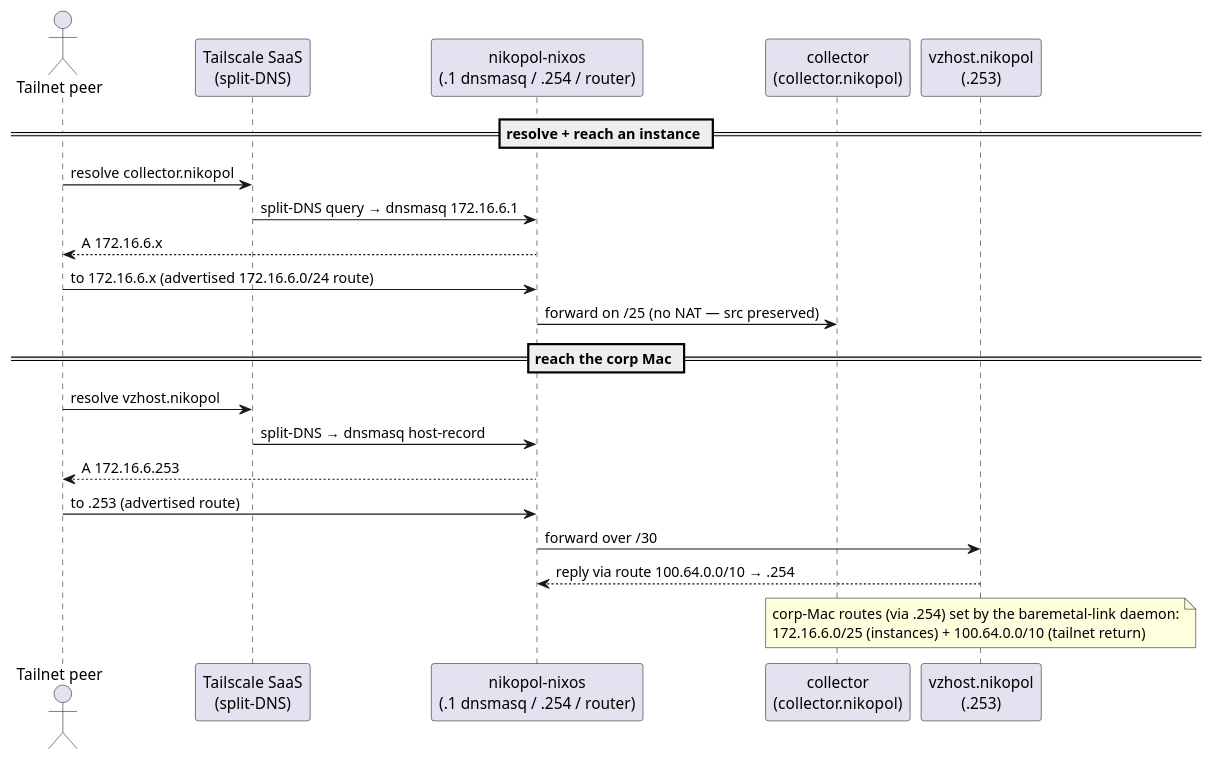
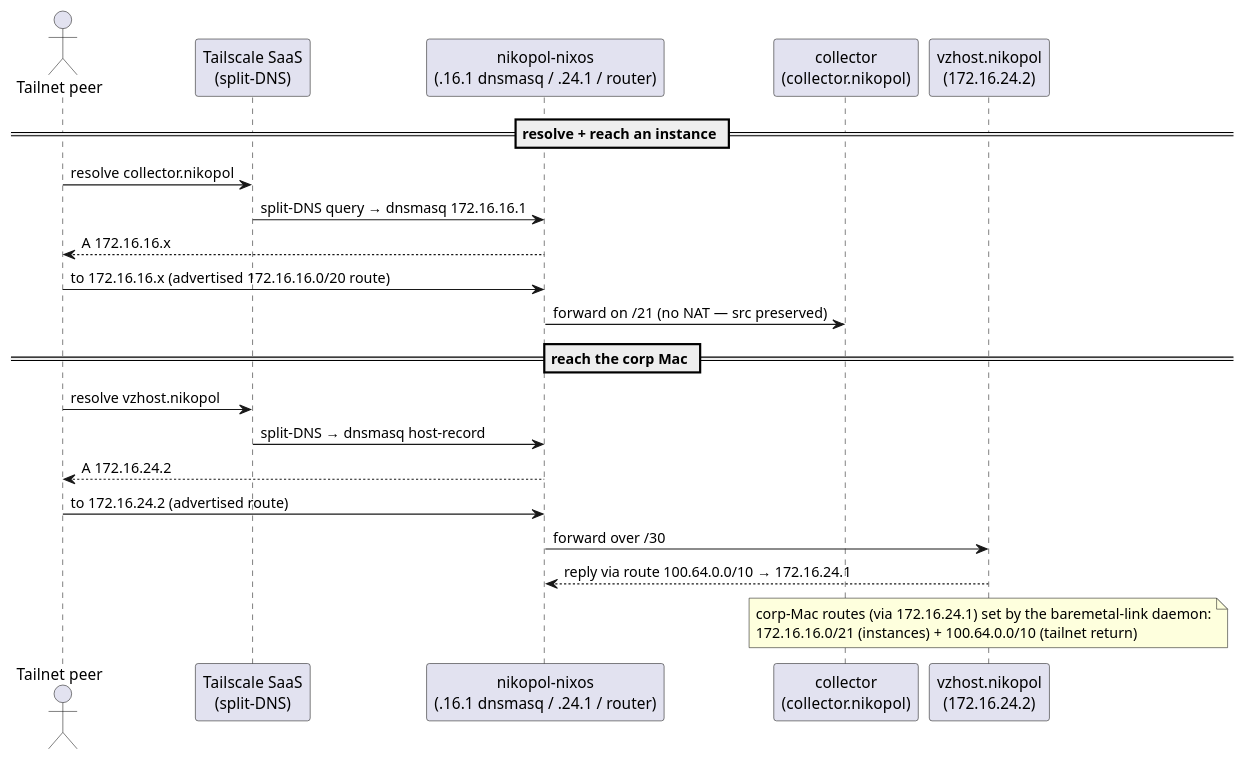
The third of 3 diagrams in docs/network-topology-c4.adoc (seedmatic/ndh), drawn with PlantUML before and after one commit. The commit also changed other lines of this file and 11 other files, not shown here.

```diff
--- a/docs/network-topology-c4.adoc
+++ b/docs/network-topology-c4.adoc
@@ -147,26 +147,26 @@
 [plantuml,vz-host-sequence,svg]
 ----
 @startuml
 actor "Tailnet peer" as OP
 participant "Tailscale SaaS\n(split-DNS)" as TS
-participant "nikopol-nixos\n(.1 dnsmasq / .254 / router)" as NIXOS
+participant "nikopol-nixos\n(.16.1 dnsmasq / .24.1 / router)" as NIXOS
 participant "collector\n(collector.nikopol)" as COLL
-participant "vzhost.nikopol\n(.253)" as VZ
+participant "vzhost.nikopol\n(172.16.24.2)" as VZ
 
 == resolve + reach an instance ==
 OP -> TS : resolve collector.nikopol
-TS -> NIXOS : split-DNS query → dnsmasq 172.16.6.1
-NIXOS --> OP : A 172.16.6.x
-OP -> NIXOS : to 172.16.6.x (advertised 172.16.6.0/24 route)
-NIXOS -> COLL : forward on /25 (no NAT — src preserved)
+TS -> NIXOS : split-DNS query → dnsmasq 172.16.16.1
+NIXOS --> OP : A 172.16.16.x
+OP -> NIXOS : to 172.16.16.x (advertised 172.16.16.0/20 route)
+NIXOS -> COLL : forward on /21 (no NAT — src preserved)
 
 == reach the corp Mac ==
 OP -> TS : resolve vzhost.nikopol
 TS -> NIXOS : split-DNS → dnsmasq host-record
-NIXOS --> OP : A 172.16.6.253
-OP -> NIXOS : to .253 (advertised route)
+NIXOS --> OP : A 172.16.24.2
+OP -> NIXOS : to 172.16.24.2 (advertised route)
 NIXOS -> VZ : forward over /30
-VZ --> NIXOS : reply via route 100.64.0.0/10 → .254
-note over VZ: corp-Mac routes (via .254) set by the baremetal-link daemon:\n172.16.6.0/25 (instances) + 100.64.0.0/10 (tailnet return)
+VZ --> NIXOS : reply via route 100.64.0.0/10 → 172.16.24.1
+note over VZ: corp-Mac routes (via 172.16.24.1) set by the baremetal-link daemon:\n172.16.16.0/21 (instances) + 100.64.0.0/10 (tailnet return)
 @enduml
 ----
```
